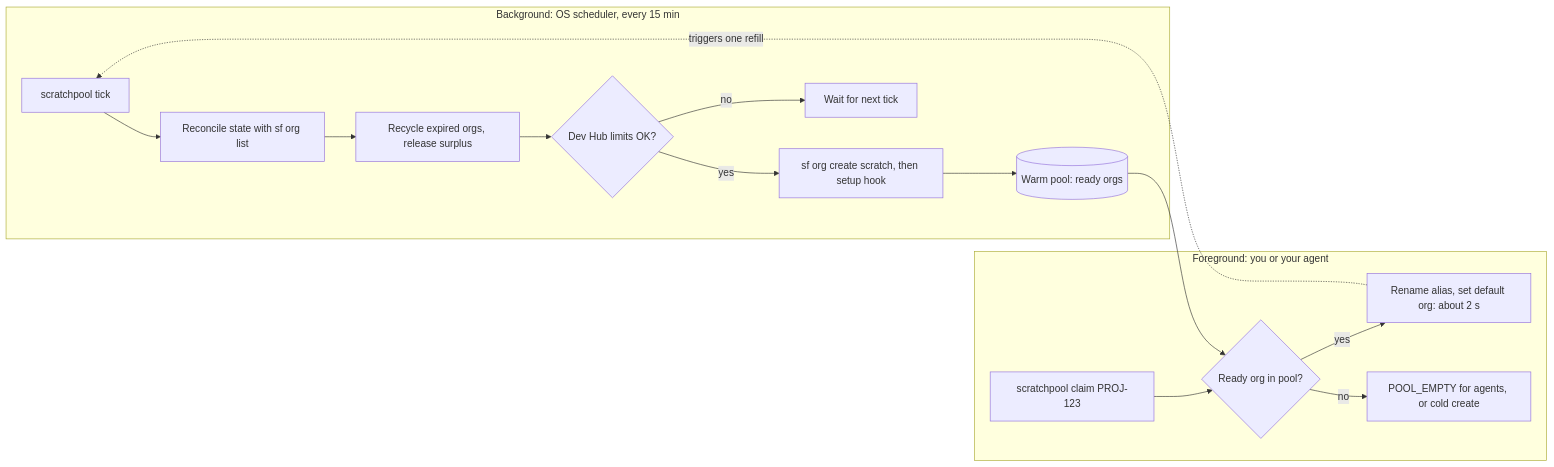
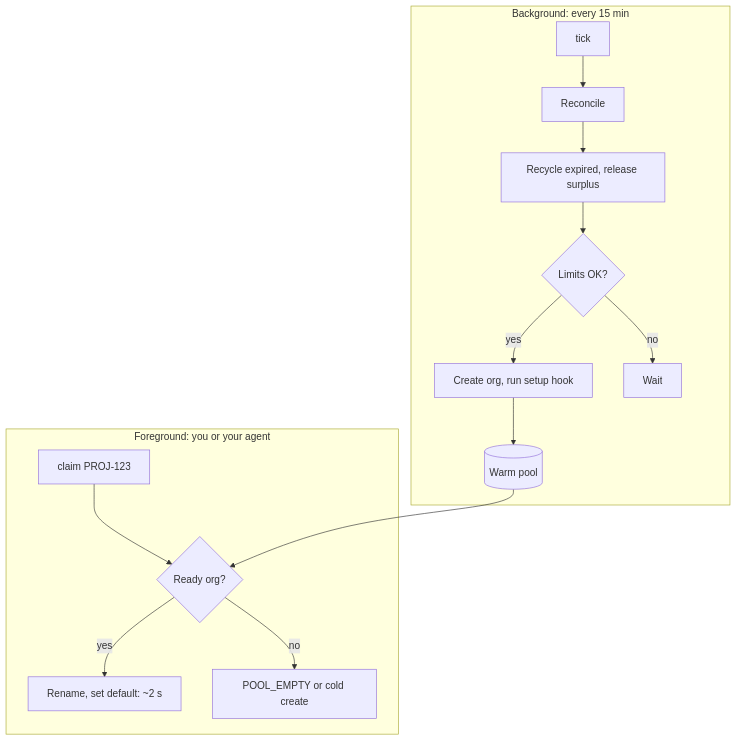
One commit to Tbristo01/scratchpool changed the diagram in README.md. Above: the diagram before and after it, drawn with Mermaid. The commit also changed other lines of this file and 5 other files, not shown here.

````diff
--- a/README.md
+++ b/README.md
@@ -111,18 +136,17 @@
 ```mermaid
-flowchart LR
-    subgraph bg["Background: OS scheduler, every 15 min"]
-        T[scratchpool tick] --> R[Reconcile state with sf org list]
-        R --> X[Recycle expired orgs, release surplus]
-        X --> L{Dev Hub limits OK?}
-        L -- yes --> C[sf org create scratch, then setup hook]
-        L -- no --> W[Wait for next tick]
-        C --> P[(Warm pool: ready orgs)]
+flowchart TB
+    subgraph bg["Background: every 15 min"]
+        T[tick] --> R[Reconcile]
+        R --> X[Recycle expired, release surplus]
+        X --> L{Limits OK?}
+        L -- yes --> C[Create org, run setup hook]
+        L -- no --> W[Wait]
+        C --> P[(Warm pool)]
     end
     subgraph fg["Foreground: you or your agent"]
-        U[scratchpool claim PROJ-123] --> Q{Ready org in pool?}
-        Q -- yes --> A[Rename alias, set default org: about 2 s]
-        Q -- no --> E[POOL_EMPTY for agents, or cold create]
+        U[claim PROJ-123] --> Q{Ready org?}
+        Q -- yes --> A[Rename, set default: ~2 s]
+        Q -- no --> E[POOL_EMPTY or cold create]
     end
     P --> Q
-    A -. triggers one refill .-> T
 ```
````
